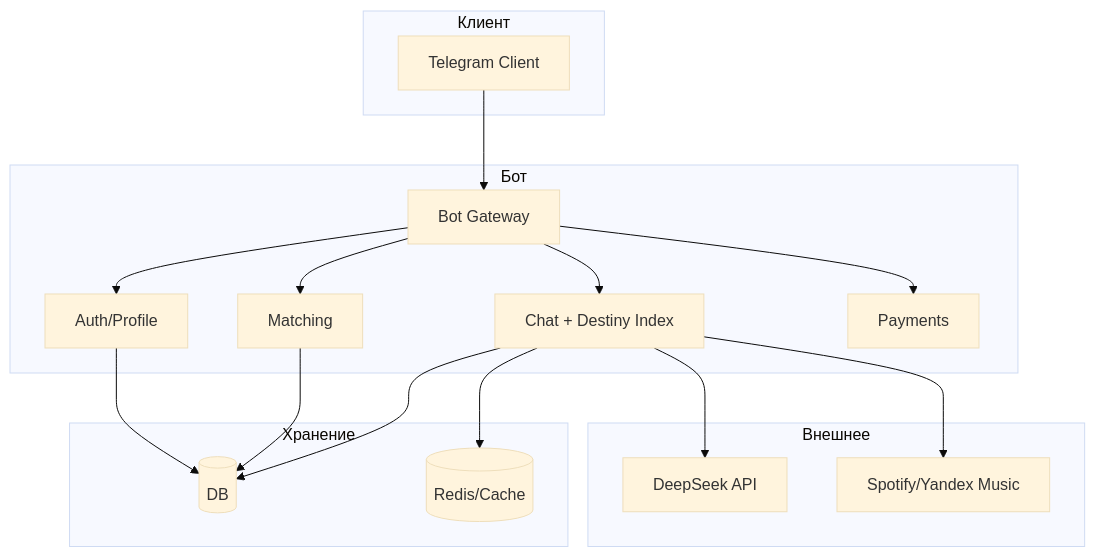
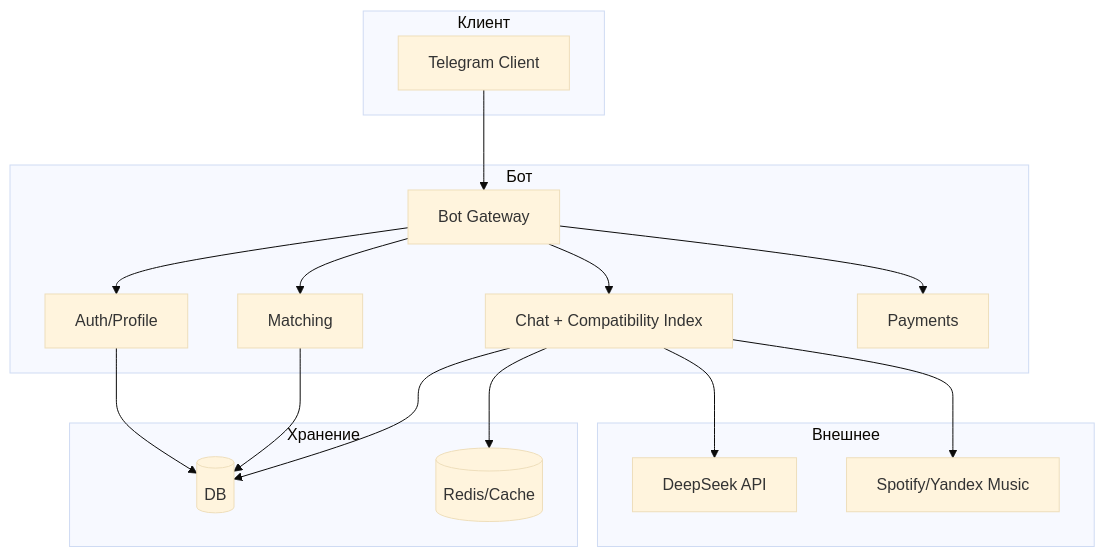
The diagram in spec.md (rishat11/Dating), drawn with Mermaid (base theme) before and after one commit. The commit also changed other lines of this file and 14 other files, not shown here.

````diff
--- a/spec.md
+++ b/spec.md
@@ -33,32 +33,32 @@
 ```mermaid
 flowchart TB
     subgraph client [Клиент]
         TG[Telegram Client]
     end
     subgraph bot [Бот]
         Gateway[Bot Gateway]
         Auth[Auth/Profile]
         Match[Matching]
-        Chat[Chat + Destiny Index]
+        Chat[Chat + Compatibility Index]
         Pay[Payments]
     end
     subgraph storage [Хранение]
         DB[(DB)]
         Redis[(Redis/Cache)]
     end
     subgraph external [Внешнее]
         DeepSeek[DeepSeek API]
         Music[Spotify/Yandex Music]
     end
     TG --> Gateway
     Gateway --> Auth
     Gateway --> Match
     Gateway --> Chat
     Gateway --> Pay
     Auth --> DB
     Match --> DB
     Chat --> DB
     Chat --> Redis
     Chat --> DeepSeek
     Chat --> Music
 ```
````
